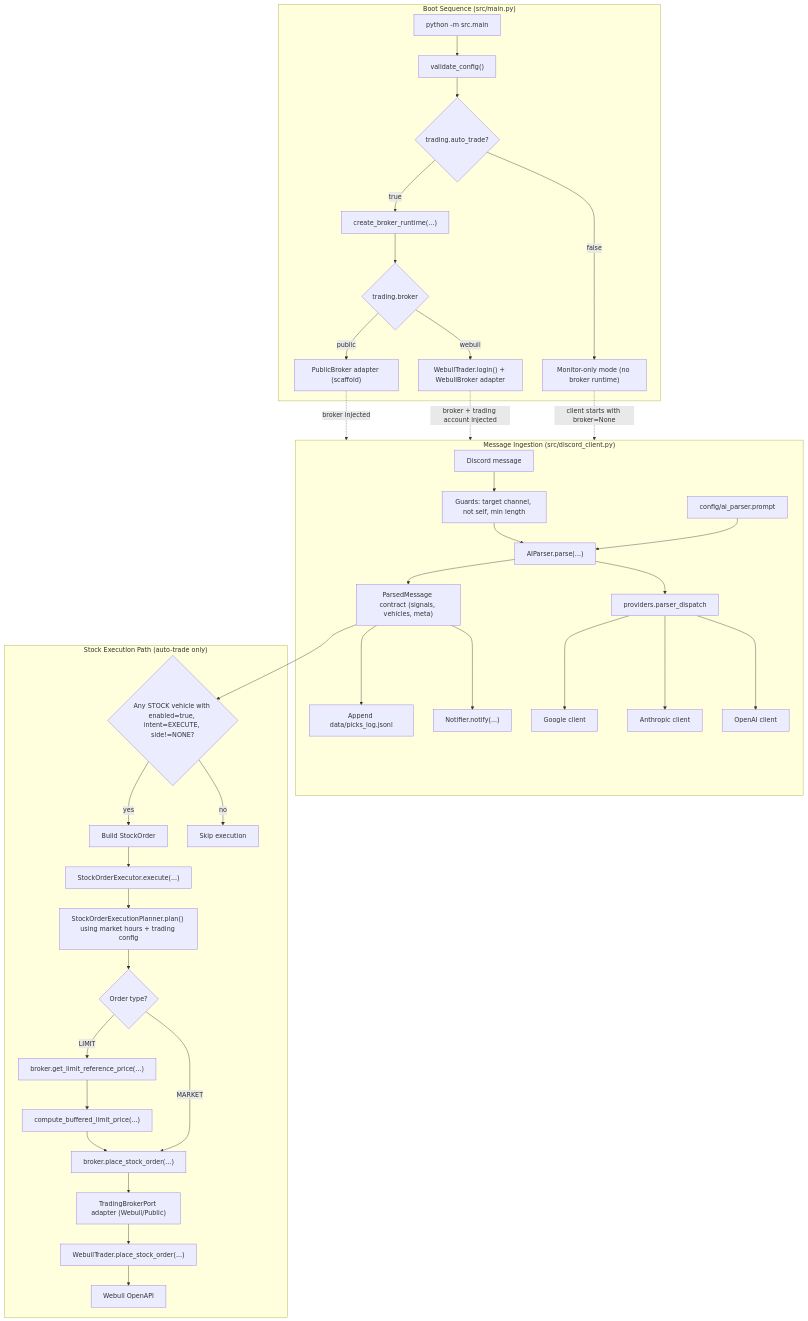
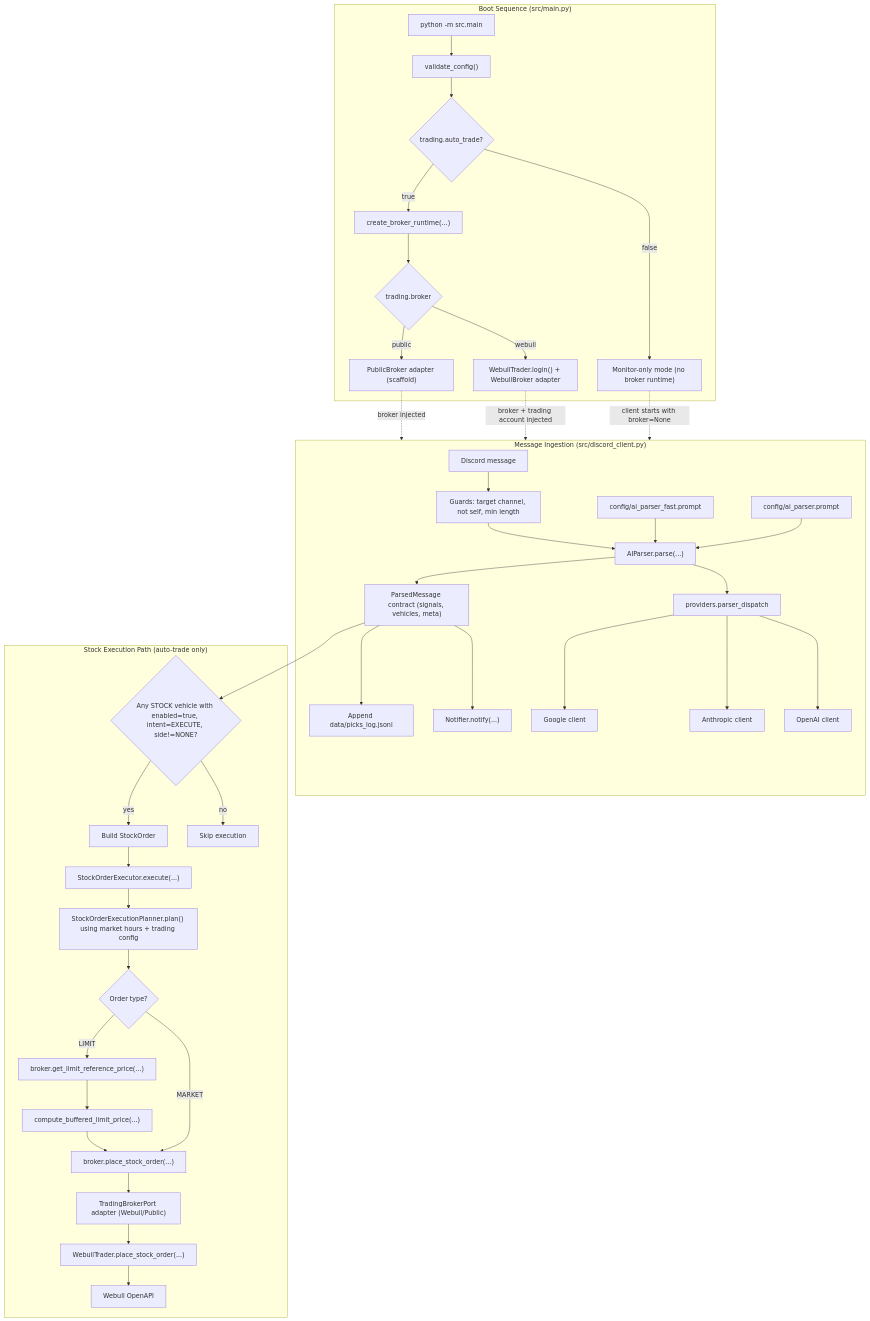
One commit to matiascshaha/stocktalk-discord-bot changed the diagram in README.md. Above: the diagram before and after it, drawn with Mermaid. The commit also changed other lines of this file and 31 other files, not shown here.

````diff
--- a/README.md
+++ b/README.md
@@ -20,45 +20,46 @@
 ```mermaid
 flowchart TB
     subgraph Boot["Boot Sequence (src/main.py)"]
         M["python -m src.main"] --> V["validate_config()"]
         V --> AT{"trading.auto_trade?"}
         AT -- "false" --> MON["Monitor-only mode (no broker runtime)"]
         AT -- "true" --> BR["create_broker_runtime(...)"]
         BR --> BK{"trading.broker"}
         BK -- "webull" --> WB["WebullTrader.login() + WebullBroker adapter"]
         BK -- "public" --> PB["PublicBroker adapter (scaffold)"]
     end
 
     subgraph Ingest["Message Ingestion (src/discord_client.py)"]
         D["Discord message"] --> G["Guards: target channel, not self, min length"]
         G --> P["AIParser.parse(...)"]
-        CFG["config/ai_parser.prompt"] --> P
+        CFG_FAST["config/ai_parser_fast.prompt"] --> P
+        CFG_FULL["config/ai_parser.prompt"] --> P
         P --> PD["providers.parser_dispatch"]
         PD --> OA["OpenAI client"]
         PD --> AN["Anthropic client"]
         PD --> GG["Google client"]
         P --> PM["ParsedMessage contract (signals, vehicles, meta)"]
         PM --> N["Notifier.notify(...)"]
         PM --> PL["Append data/picks_log.jsonl"]
     end
 
     subgraph Execute["Stock Execution Path (auto-trade only)"]
         PM --> EV{"Any STOCK vehicle with enabled=true, intent=EXECUTE, side!=NONE?"}
         EV -- "no" --> SK["Skip execution"]
         EV -- "yes" --> SO["Build StockOrder"]
         SO --> EX["StockOrderExecutor.execute(...)"]
         EX --> SP["StockOrderExecutionPlanner.plan() using market hours + trading config"]
         SP --> OT{"Order type?"}
         OT -- "MARKET" --> PO["broker.place_stock_order(...)"]
         OT -- "LIMIT" --> Q["broker.get_limit_reference_price(...)"]
         Q --> LP["compute_buffered_limit_price(...)"]
         LP --> PO
         PO --> AD["TradingBrokerPort adapter (Webull/Public)"]
         AD --> WT["WebullTrader.place_stock_order(...)"]
         WT --> API["Webull OpenAPI"]
     end
 
     MON -. client starts with broker=None .-> Ingest
     WB -. broker + trading account injected .-> Ingest
     PB -. broker injected .-> Ingest
 ```
````
